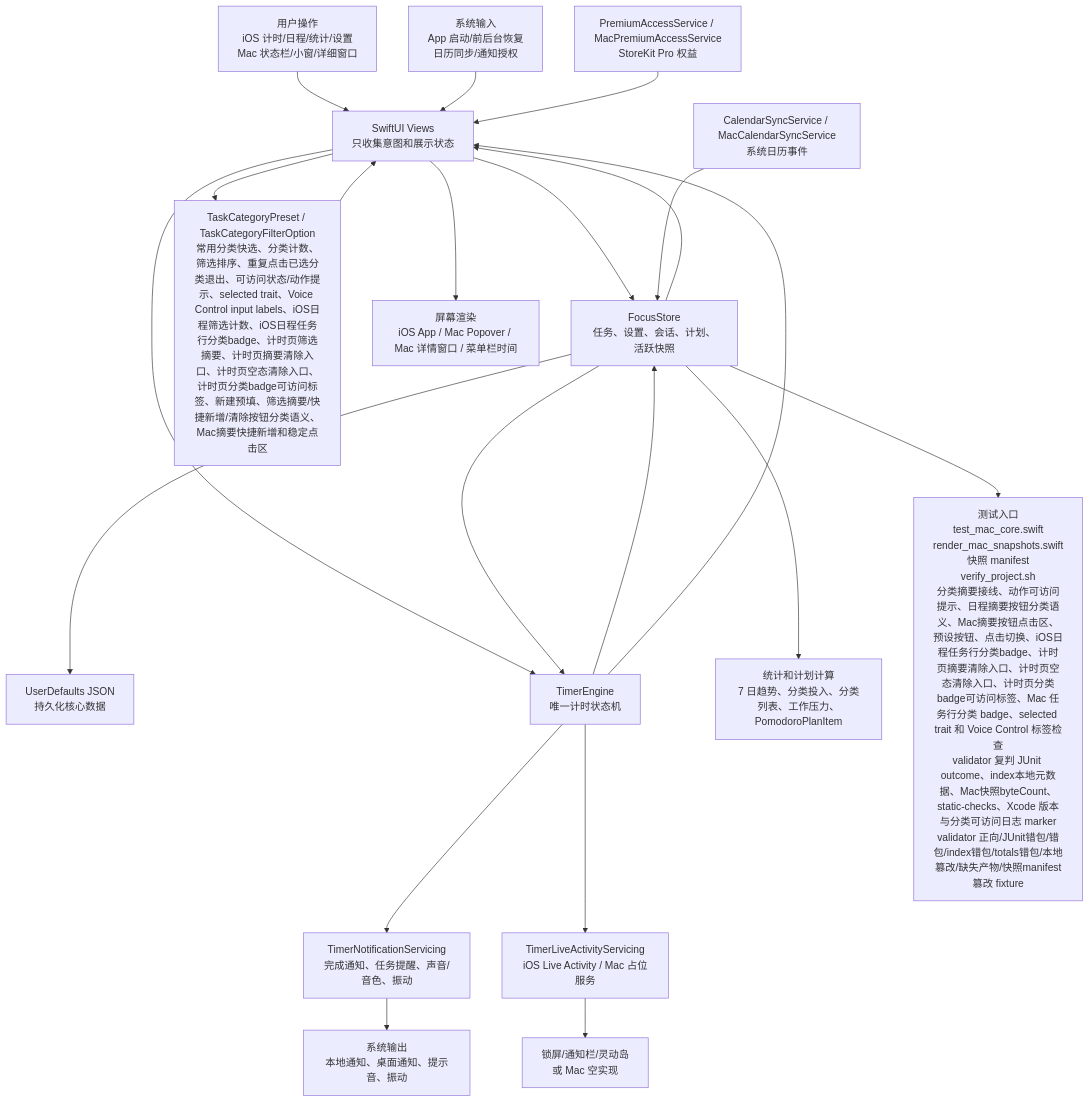
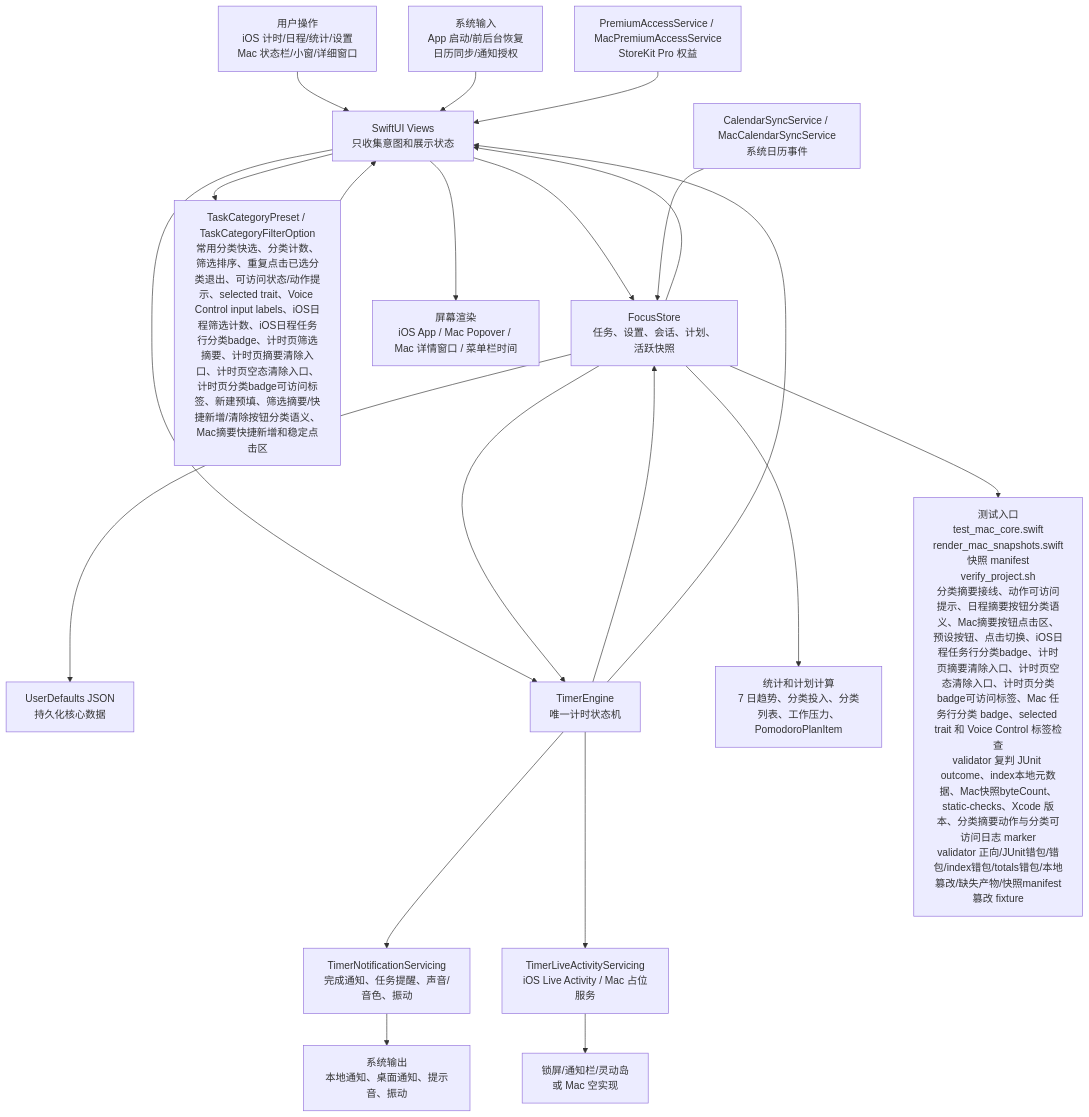
Before and after one commit to Altman-sam114/114: the first of 6 diagrams in md/flow/flowchart.md, drawn with Mermaid. The commit also changed other lines of this file and 7 other files, not shown here.

````diff
--- a/md/flow/flowchart.md
+++ b/md/flow/flowchart.md
@@ -9,23 +9,23 @@
 ```mermaid
 flowchart TD
   U["用户操作<br/>iOS 计时/日程/统计/设置<br/>Mac 状态栏/小窗/详细窗口"] --> V["SwiftUI Views<br/>只收集意图和展示状态"]
   SYS["系统输入<br/>App 启动/前后台恢复<br/>日历同步/通知授权"] --> V
   V --> S["FocusStore<br/>任务、设置、会话、计划、活跃快照"]
   V --> CAT["TaskCategoryPreset / TaskCategoryFilterOption<br/>常用分类快选、分类计数、筛选排序、重复点击已选分类退出、可访问状态/动作提示、selected trait、Voice Control input labels、iOS日程筛选计数、iOS日程任务行分类badge、计时页筛选摘要、计时页摘要清除入口、计时页空态清除入口、计时页分类badge可访问标签、新建预填、筛选摘要/快捷新增/清除按钮分类语义、Mac摘要快捷新增和稳定点击区"]
   CAT --> V
   S --> P["UserDefaults JSON<br/>持久化核心数据"]
   V --> E["TimerEngine<br/>唯一计时状态机"]
   S --> E
   E --> S
   E --> N["TimerNotificationServicing<br/>完成通知、任务提醒、声音/音色、振动"]
   E --> L["TimerLiveActivityServicing<br/>iOS Live Activity / Mac 占位服务"]
   S --> C["统计和计划计算<br/>7 日趋势、分类投入、分类列表、工作压力、PomodoroPlanItem"]
   CAL["CalendarSyncService / MacCalendarSyncService<br/>系统日历事件"] --> S
   PRO["PremiumAccessService / MacPremiumAccessService<br/>StoreKit Pro 权益"] --> V
   S --> V
   E --> V
   V --> OUT["屏幕渲染<br/>iOS App / Mac Popover / Mac 详情窗口 / 菜单栏时间"]
   N --> OUT2["系统输出<br/>本地通知、桌面通知、提示音、振动"]
   L --> OUT3["锁屏/通知栏/灵动岛<br/>或 Mac 空实现"]
-  S --> T["测试入口<br/>test_mac_core.swift<br/>render_mac_snapshots.swift<br/>快照 manifest<br/>verify_project.sh<br/>分类摘要接线、动作可访问提示、日程摘要按钮分类语义、Mac摘要按钮点击区、预设按钮、点击切换、iOS日程任务行分类badge、计时页摘要清除入口、计时页空态清除入口、计时页分类badge可访问标签、Mac 任务行分类 badge、selected trait 和 Voice Control 标签检查<br/>validator 复判 JUnit outcome、index本地元数据、Mac快照byteCount、static-checks、Xcode 版本与分类可访问日志 marker<br/>validator 正向/JUnit错包/错包/index错包/totals错包/本地篡改/缺失产物/快照manifest篡改 fixture"]
+  S --> T["测试入口<br/>test_mac_core.swift<br/>render_mac_snapshots.swift<br/>快照 manifest<br/>verify_project.sh<br/>分类摘要接线、动作可访问提示、日程摘要按钮分类语义、Mac摘要按钮点击区、预设按钮、点击切换、iOS日程任务行分类badge、计时页摘要清除入口、计时页空态清除入口、计时页分类badge可访问标签、Mac 任务行分类 badge、selected trait 和 Voice Control 标签检查<br/>validator 复判 JUnit outcome、index本地元数据、Mac快照byteCount、static-checks、Xcode 版本、分类摘要动作与分类可访问日志 marker<br/>validator 正向/JUnit错包/错包/index错包/totals错包/本地篡改/缺失产物/快照manifest篡改 fixture"]
 ```
````
